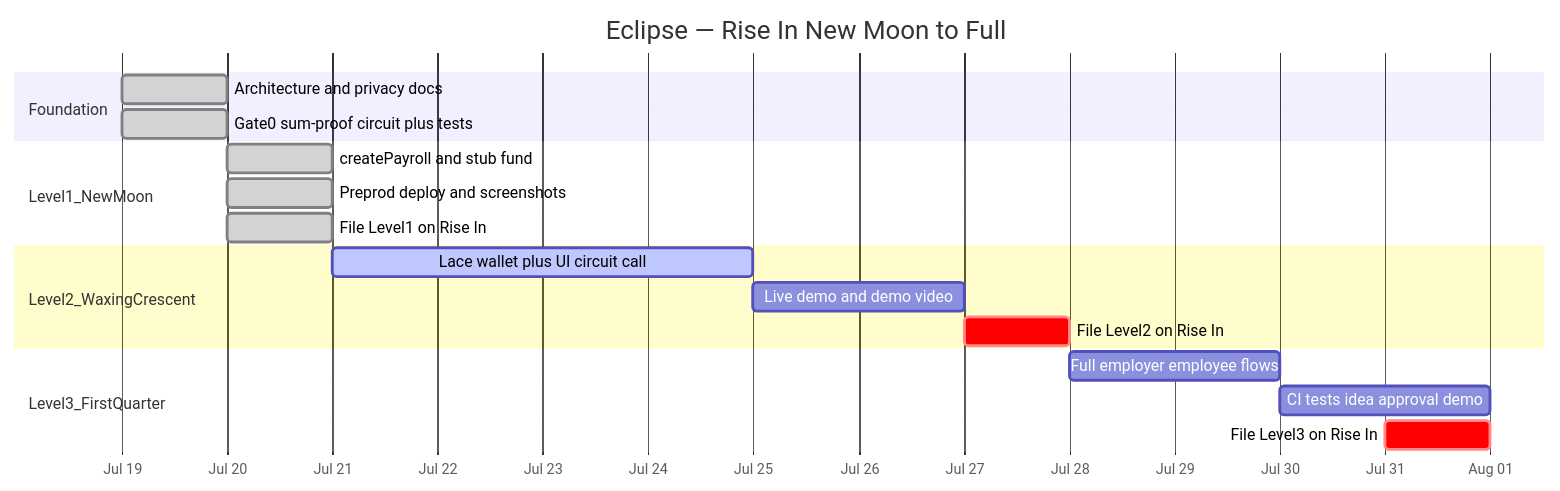
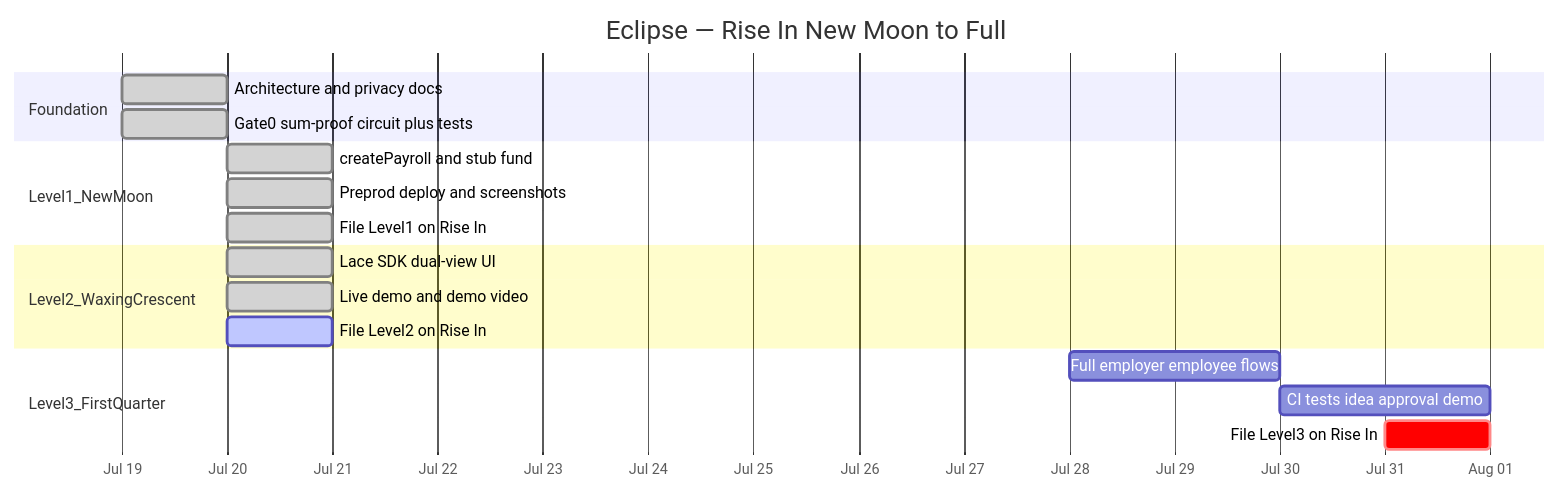
The diagram in README.md (TadeyRuk/Eclipse), drawn with Mermaid before and after one commit. The commit also changed other lines of this file and 42 other files, not shown here.

First line of the commit message:
feat: Level 2 dual-view UI, hardened SDK, and Netlify demo

````diff
--- a/README.md
+++ b/README.md
@@ -24,26 +33,26 @@
 ```mermaid
 gantt
     title Eclipse — Rise In New Moon to Full
     dateFormat YYYY-MM-DD
     axisFormat %b %d
     todayMarker off
 
     section Foundation
     Architecture and privacy docs     :done,    arch, 2026-07-19, 1d
     Gate0 sum-proof circuit plus tests :done,   g0,   2026-07-19, 1d
 
     section Level1_NewMoon
     createPayroll and stub fund       :done,    l1a, 2026-07-20, 1d
     Preprod deploy and screenshots    :done,    l1b, 2026-07-20, 1d
     File Level1 on Rise In            :done,    l1c, 2026-07-20, 1d
 
     section Level2_WaxingCrescent
-    Lace wallet plus UI circuit call  :active,  l2a, 2026-07-21, 4d
-    Live demo and demo video          :         l2b, after l2a, 2d
-    File Level2 on Rise In            :crit,    l2c, after l2b, 1d
+    Lace SDK dual-view UI             :done,    l2a, 2026-07-20, 1d
+    Live demo and demo video          :done,    l2b, 2026-07-20, 1d
+    File Level2 on Rise In            :active,  l2c, 2026-07-20, 1d
 
     section Level3_FirstQuarter
     Full employer employee flows      :         l3a, 2026-07-28, 2d
     CI tests idea approval demo       :         l3b, after l3a, 2d
     File Level3 on Rise In            :crit,    l3c, 2026-07-31, 1d
 ```
````
